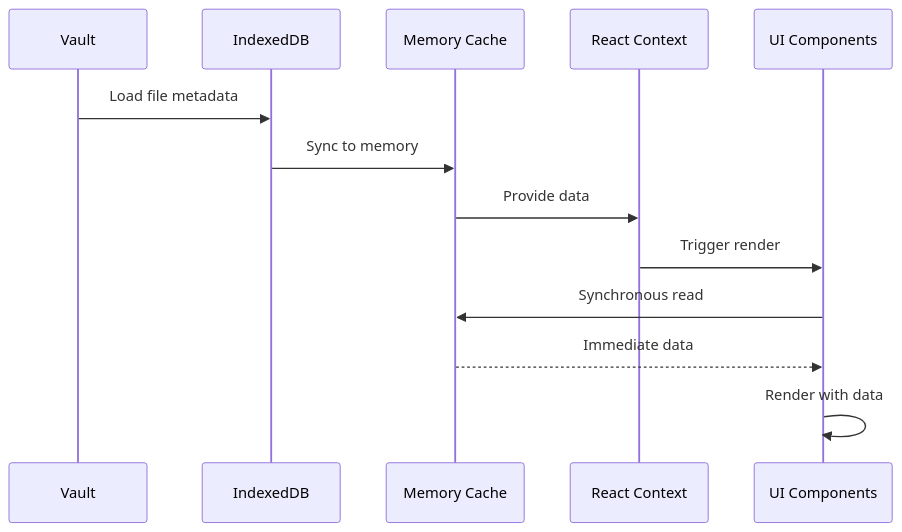
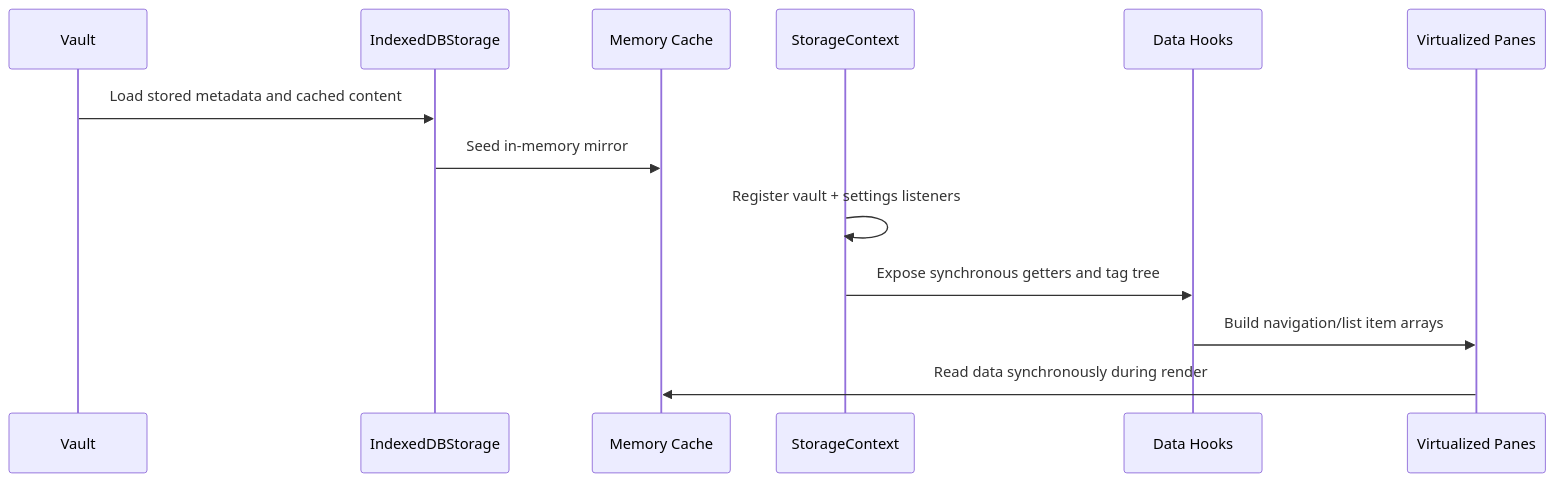
The second of 4 diagrams in docs/rendering-architecture.md (psxvoid/notebook-navigator), drawn with Mermaid before and after one commit. The commit also changed other lines of this file and 3 other files, not shown here.

````diff
--- a/docs/rendering-architecture.md
+++ b/docs/rendering-architecture.md
@@ -497,16 +419,16 @@
 ```mermaid
 sequenceDiagram
     participant V as Vault
-    participant DB as IndexedDB
+    participant DB as IndexedDBStorage
     participant MC as Memory Cache
-    participant RC as React Context
-    participant UI as UI Components
+    participant ST as StorageContext
+    participant DH as Data Hooks
+    participant UI as Virtualized Panes
 
-    V->>DB: Load file metadata
-    DB->>MC: Sync to memory
-    MC->>RC: Provide data
-    RC->>UI: Trigger render
-    UI->>MC: Synchronous read
-    MC-->>UI: Immediate data
-    UI->>UI: Render with data
+    V->>DB: Load stored metadata and cached content
+    DB->>MC: Seed in-memory mirror
+    ST->>ST: Register vault + settings listeners
+    ST->>DH: Expose synchronous getters and tag tree
+    DH->>UI: Build navigation/list item arrays
+    UI->>MC: Read data synchronously during render
 ```
````
